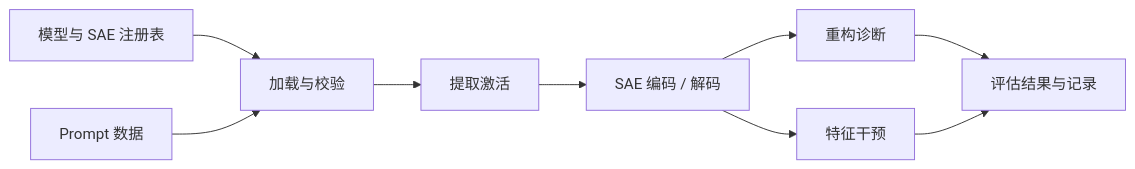
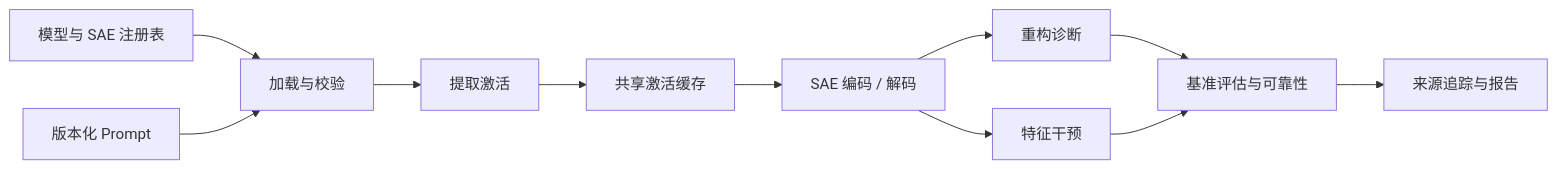
The diagram in README_cn.md (OpenSAE/SAEBase), drawn with Mermaid before and after one commit. The commit also changed other lines of this file and 1 other file, not shown here.

````diff
--- a/README_cn.md
+++ b/README_cn.md
@@ -20,11 +20,13 @@
 ```mermaid
 flowchart LR
     A["模型与 SAE 注册表"] --> C["加载与校验"]
-    B["Prompt 数据"] --> C
+    B["版本化 Prompt"] --> C
     C --> D["提取激活"]
-    D --> E["SAE 编码 / 解码"]
-    E --> F["重构诊断"]
-    E --> G["特征干预"]
-    F --> H["评估结果与记录"]
-    G --> H
+    D --> E["共享激活缓存"]
+    E --> F["SAE 编码 / 解码"]
+    F --> G["重构诊断"]
+    F --> H["特征干预"]
+    G --> I["基准评估与可靠性"]
+    H --> I
+    I --> J["来源追踪与报告"]
 ```
````
